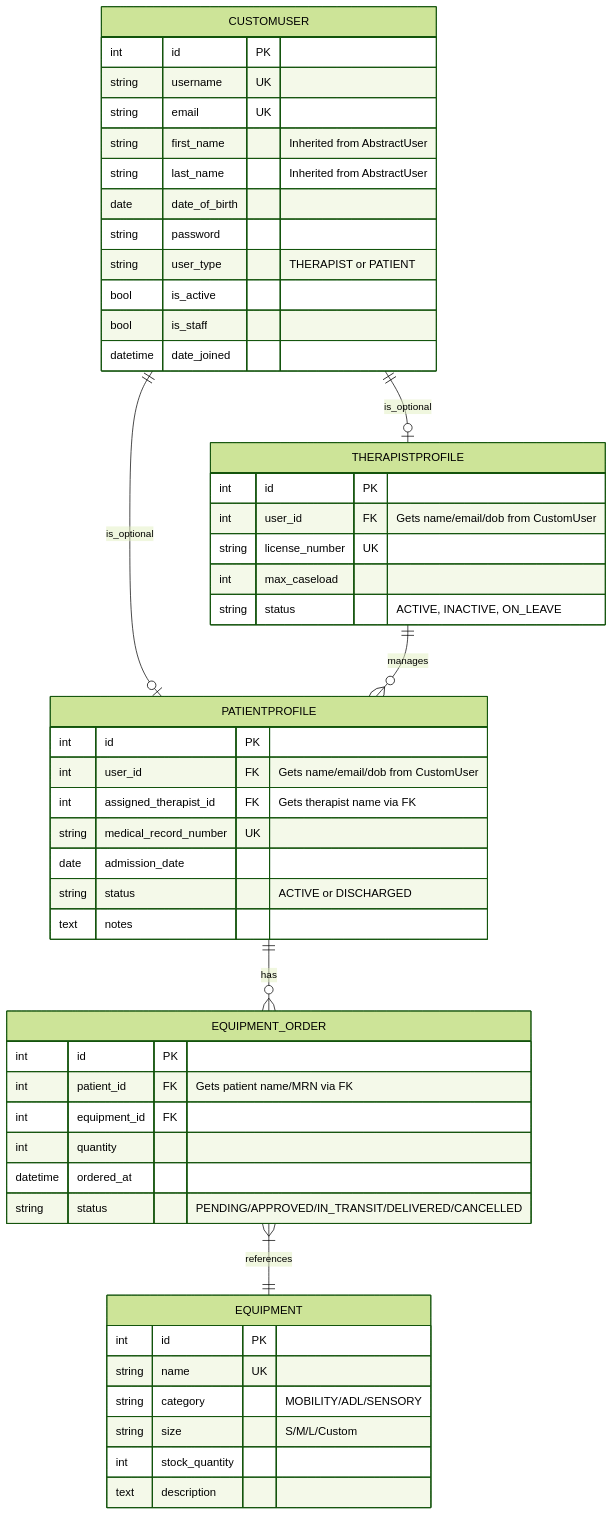
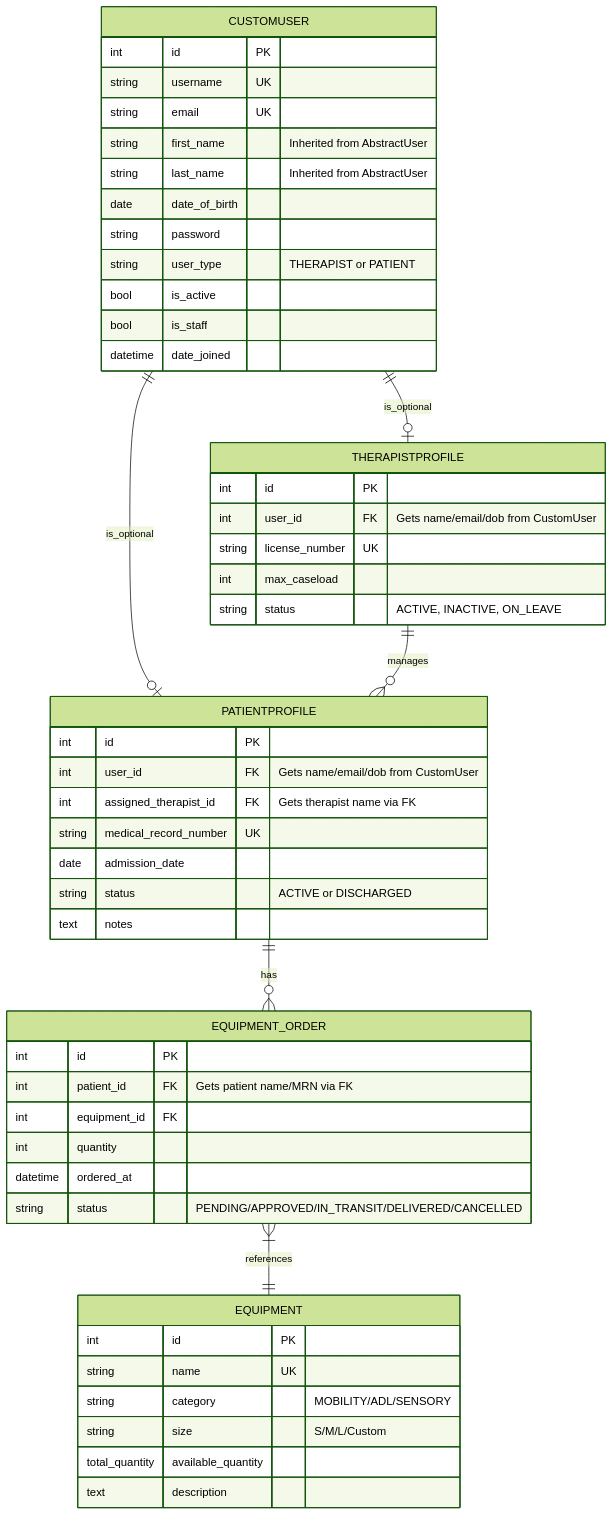
One commit to Alumsdesigns/quiporder changed the diagram in docs/erd.md. Above: the diagram before and after it, drawn with Mermaid (forest theme). The commit also changed 8 other files, not shown here.

````diff
--- a/docs/erd.md
+++ b/docs/erd.md
@@ -1,58 +1,59 @@
 ```mermaid
 erDiagram
     CUSTOMUSER ||--o| THERAPISTPROFILE : is_optional
     CUSTOMUSER ||--o| PATIENTPROFILE : is_optional
     THERAPISTPROFILE ||--o{ PATIENTPROFILE : manages
     PATIENTPROFILE ||--o{ EQUIPMENT_ORDER : has
     EQUIPMENT_ORDER }|--|| EQUIPMENT : references
 
     CUSTOMUSER {
         int id PK
         string username UK
         string email UK
         string first_name "Inherited from AbstractUser"
         string last_name "Inherited from AbstractUser"
         date date_of_birth 
         string password
         string user_type "THERAPIST or PATIENT"
         bool is_active
         bool is_staff
         datetime date_joined
     }
 
     THERAPISTPROFILE {
         int id PK
         int user_id FK "Gets name/email/dob from CustomUser"
         string license_number UK
         int max_caseload
         string status "ACTIVE, INACTIVE, ON_LEAVE"
     }
 
     PATIENTPROFILE {
         int id PK
         int user_id FK "Gets name/email/dob from CustomUser"
         int assigned_therapist_id FK "Gets therapist name via FK"
         string medical_record_number UK
         date admission_date
         string status "ACTIVE or DISCHARGED"
         text notes
     }
 
     EQUIPMENT_ORDER {
         int id PK
         int patient_id FK "Gets patient name/MRN via FK"
         int equipment_id FK
         int quantity
         datetime ordered_at
         string status "PENDING/APPROVED/IN_TRANSIT/DELIVERED/CANCELLED"
     }
 
     EQUIPMENT {
         int id PK
         string name UK
         string category "MOBILITY/ADL/SENSORY"
         string size "S/M/L/Custom"
-        int stock_quantity
+        total_quantity
+        available_quantity
         text description
     }
 ```
````
